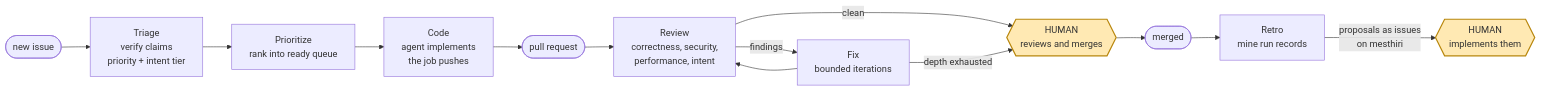
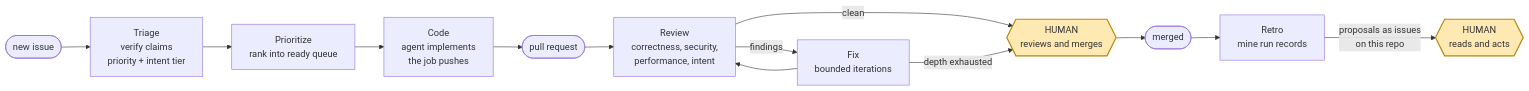
The third of 7 diagrams in docs/architecture.md (mesthiri/mesthiri), drawn with Mermaid before and after one commit. The commit also changed other lines of this file and 3 other files, not shown here.

````diff
--- a/docs/architecture.md
+++ b/docs/architecture.md
@@ -99,19 +99,19 @@
 ```mermaid
 flowchart LR
   issue(["new issue"]) --> tri
   tri["Triage<br/>verify claims<br/>priority + intent tier"] --> pri
   pri["Prioritize<br/>rank into ready queue"] --> code
   code["Code<br/>agent implements<br/>the job pushes"] --> pr(["pull request"])
   pr --> rev
   rev["Review<br/>correctness, security,<br/>performance, intent"]
   rev -->|"findings"| fix["Fix<br/>bounded iterations"]
   fix --> rev
   rev -->|"clean"| gate{{"HUMAN<br/>reviews and merges"}}
   fix -->|"depth exhausted"| gate
   gate --> merged(["merged"])
   merged --> retro["Retro<br/>mine run records"]
-  retro -->|"proposals as issues<br/>on mesthiri"| human2{{"HUMAN<br/>implements them"}}
+  retro -->|"proposals as issues<br/>on this repo"| human2{{"HUMAN<br/>reads and acts"}}
 
   style gate fill:#ffe9b3,stroke:#b8860b,stroke-width:2px
   style human2 fill:#ffe9b3,stroke:#b8860b,stroke-width:2px
 ```
````
